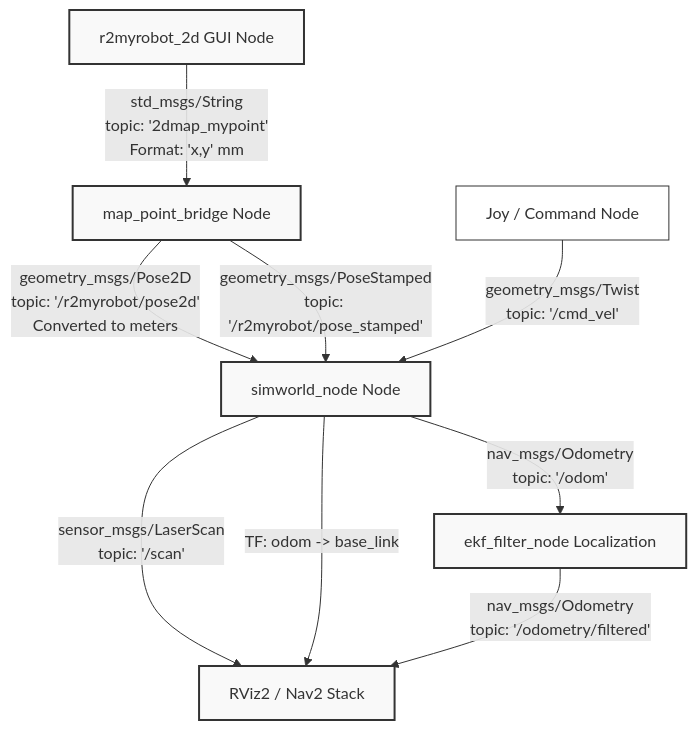
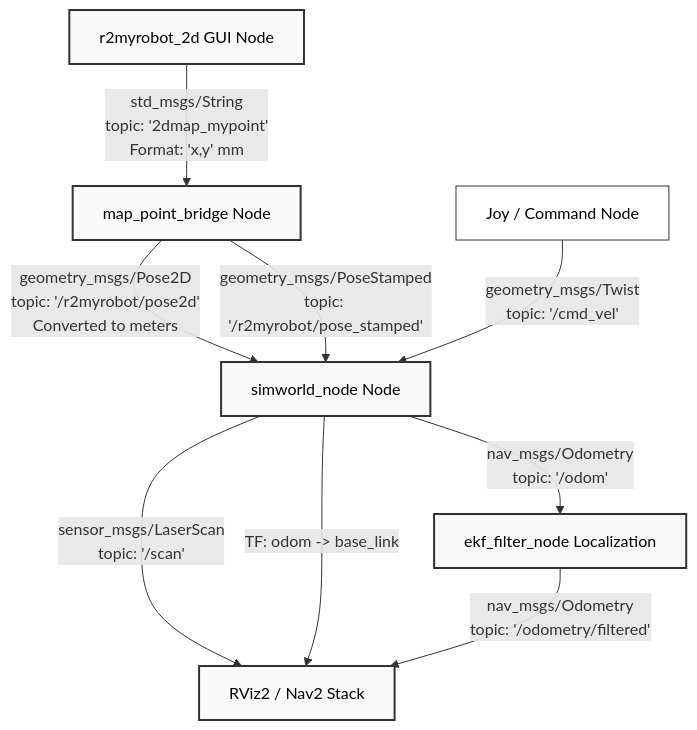
Before and after one commit to Alteza7/ABU-ROBOCON-2026-Field-ROS2: the diagram in r2myrobot/README.md, drawn with Mermaid.

````diff
--- a/r2myrobot/README.md
+++ b/r2myrobot/README.md
@@ -36,28 +36,28 @@
 ```mermaid
 graph TD
     %% Nodes
     GUI[r2myrobot_2d GUI Node]
     Bridge[map_point_bridge Node]
     SimWorld[simworld_node Node]
     EKF[ekf_filter_node Localization]
     Teleop[Joy / Command Node]
     RViz[RViz2 / Nav2 Stack]
 
     %% Topic Flows
     GUI -->|std_msgs/String<br>topic: '2dmap_mypoint'<br>Format: 'x,y' mm| Bridge
     
     Bridge -->|geometry_msgs/Pose2D<br>topic: '/r2myrobot/pose2d'<br>Converted to meters| SimWorld
     Bridge -->|geometry_msgs/PoseStamped<br>topic: '/r2myrobot/pose_stamped'| SimWorld
     
     Teleop -->|geometry_msgs/Twist<br>topic: '/cmd_vel'| SimWorld
     
     SimWorld -->|sensor_msgs/LaserScan<br>topic: '/scan'| RViz
     SimWorld -->|nav_msgs/Odometry<br>topic: '/odom'| EKF
     SimWorld -->|TF: odom -> base_link| RViz
     
     EKF -->|nav_msgs/Odometry<br>topic: '/odometry/filtered'| RViz
     
-    classDef package fill:#f9f9f9,stroke:#333,stroke-width:2px;
-    classDef node fill:#fff,stroke:#333,stroke-width:1px;
+    classDef package fill:#f9f9f9,stroke:#333,stroke-width:2px,color:#000;
+    classDef node fill:#ffffff,stroke:#333,stroke-width:1px,color:#000;
     class GUI,Bridge,SimWorld,EKF,RViz package;
 ```
````
